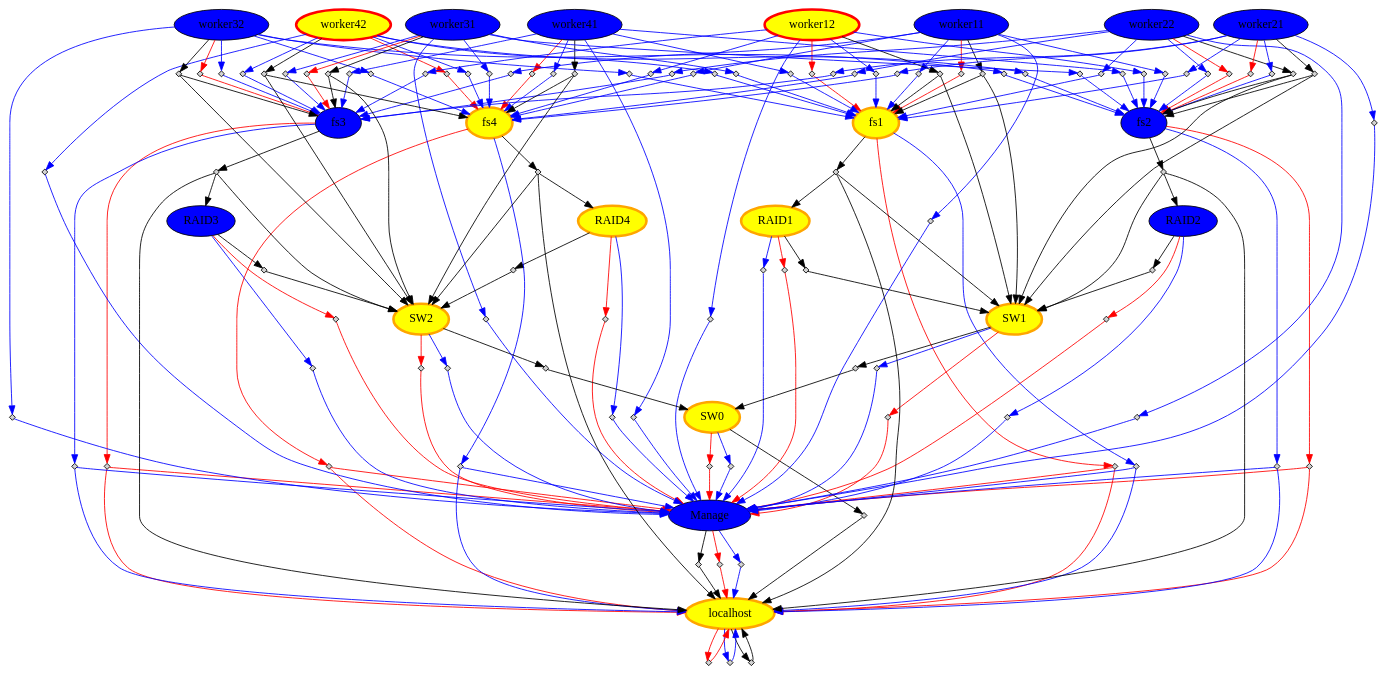
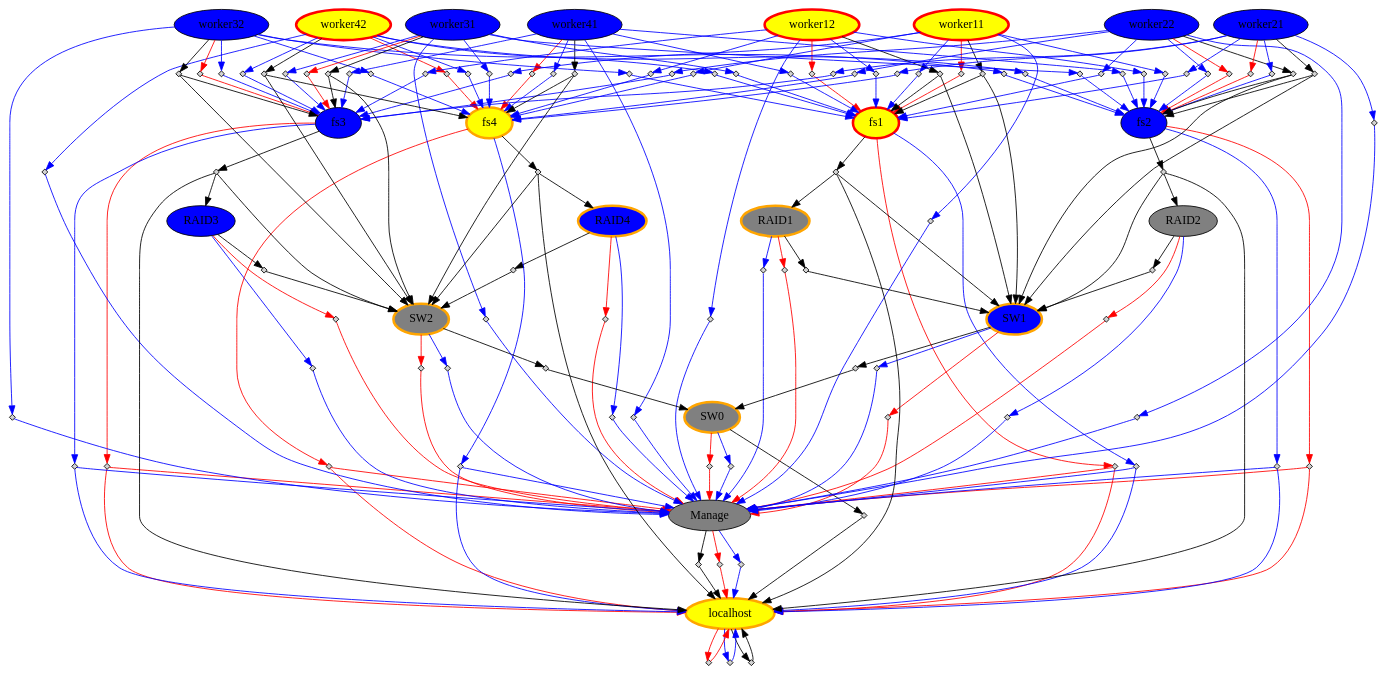
The diagram in server/CN.dot (amgaa/ClusterNap), drawn with Graphviz before and after one commit. The commit also changed 6 other files, not shown here.

```diff
--- a/server/CN.dot
+++ b/server/CN.dot
@@ -1,23 +1,23 @@
 digraph CN { 
-"worker11" [style="filled"	 color=black, fillcolor= blue] ;
-"fs1" [style="filled"	 color=orange, penwidth=3, fillcolor= yellow] ;
+"worker11" [style="filled"	 color=red, penwidth=3, fillcolor= yellow] ;
+"fs1" [style="filled"	 color=red, penwidth=3, fillcolor= yellow] ;
 "worker42" [style="filled"	 color=red, penwidth=3, fillcolor= yellow] ;
 "worker41" [style="filled"	 color=black, fillcolor= blue] ;
-"Manage" [style="filled"	 color=black, fillcolor= blue] ;
+"Manage" [style="filled"	 color=black, fillcolor= grey] ;
 "worker12" [style="filled"	 color=red, penwidth=3, fillcolor= yellow] ;
 "worker32" [style="filled"	 color=black, fillcolor= blue] ;
-"RAID4" [style="filled"	 color=orange, penwidth=3, fillcolor= yellow] ;
+"RAID4" [style="filled"	 color=orange, penwidth=3, fillcolor= blue] ;
 "fs2" [style="filled"	 color=black, fillcolor= blue] ;
 "fs3" [style="filled"	 color=black, fillcolor= blue] ;
-"RAID1" [style="filled"	 color=orange, penwidth=3, fillcolor= yellow] ;
+"RAID1" [style="filled"	 color=orange, penwidth=3, fillcolor= grey] ;
 "worker22" [style="filled"	 color=black, fillcolor= blue] ;
 "RAID3" [style="filled"	 color=black, fillcolor= blue] ;
-"RAID2" [style="filled"	 color=black, fillcolor= blue] ;
-"SW1" [style="filled"	 color=orange, penwidth=3, fillcolor= yellow] ;
+"RAID2" [style="filled"	 color=black, fillcolor= grey] ;
+"SW1" [style="filled"	 color=orange, penwidth=3, fillcolor= blue] ;
 "fs4" [style="filled"	 color=orange, penwidth=3, fillcolor= yellow] ;
 "localhost" [style="filled"	 color=orange, penwidth=3, fillcolor= yellow] ;
-"SW2" [style="filled"	 color=orange, penwidth=3, fillcolor= yellow] ;
-"SW0" [style="filled"	 color=orange, penwidth=3, fillcolor= yellow] ;
+"SW2" [style="filled"	 color=orange, penwidth=3, fillcolor= grey] ;
+"SW0" [style="filled"	 color=orange, penwidth=3, fillcolor= grey] ;
 "worker31" [style="filled"	 color=black, fillcolor= blue] ;
 "worker21" [style="filled"	 color=black, fillcolor= blue] ;
 "worker11" -> "OR:ON:worker110" [color=red];
```
